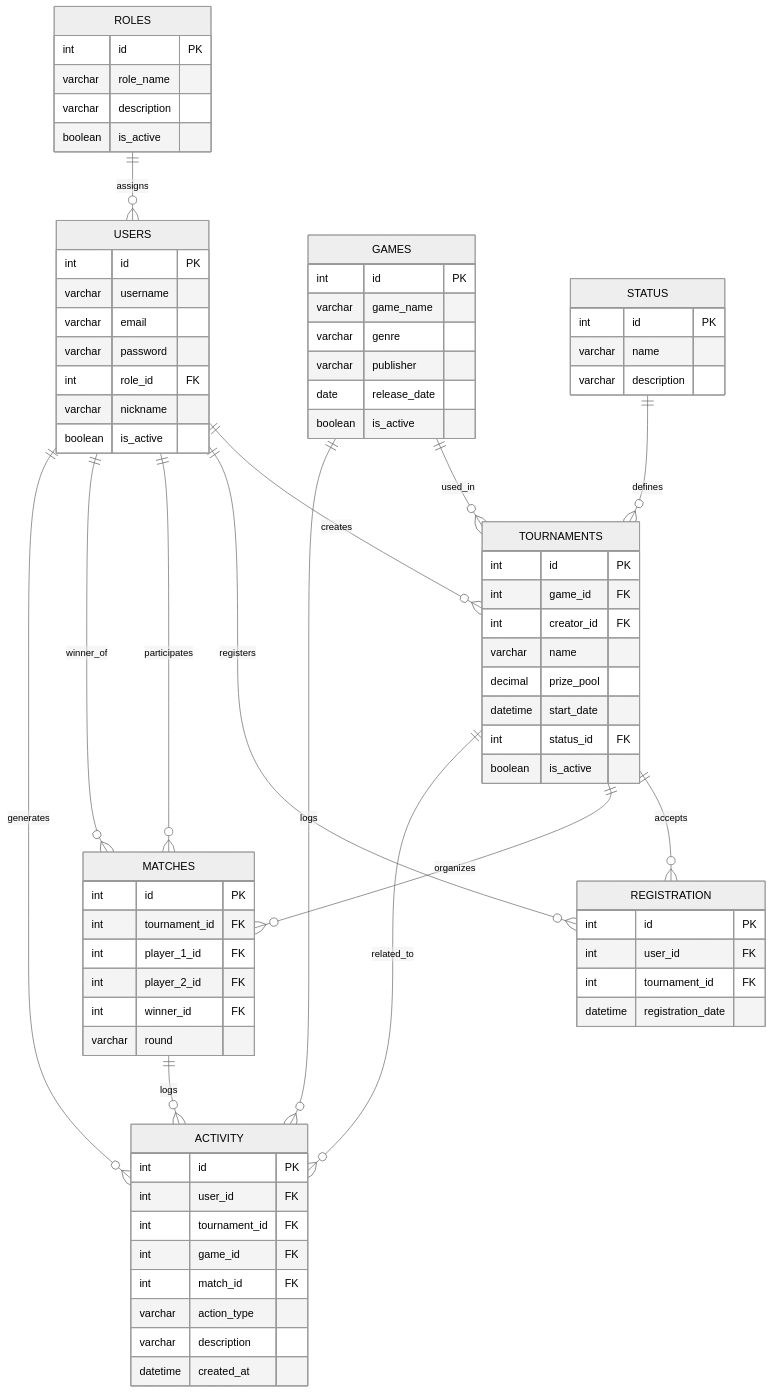
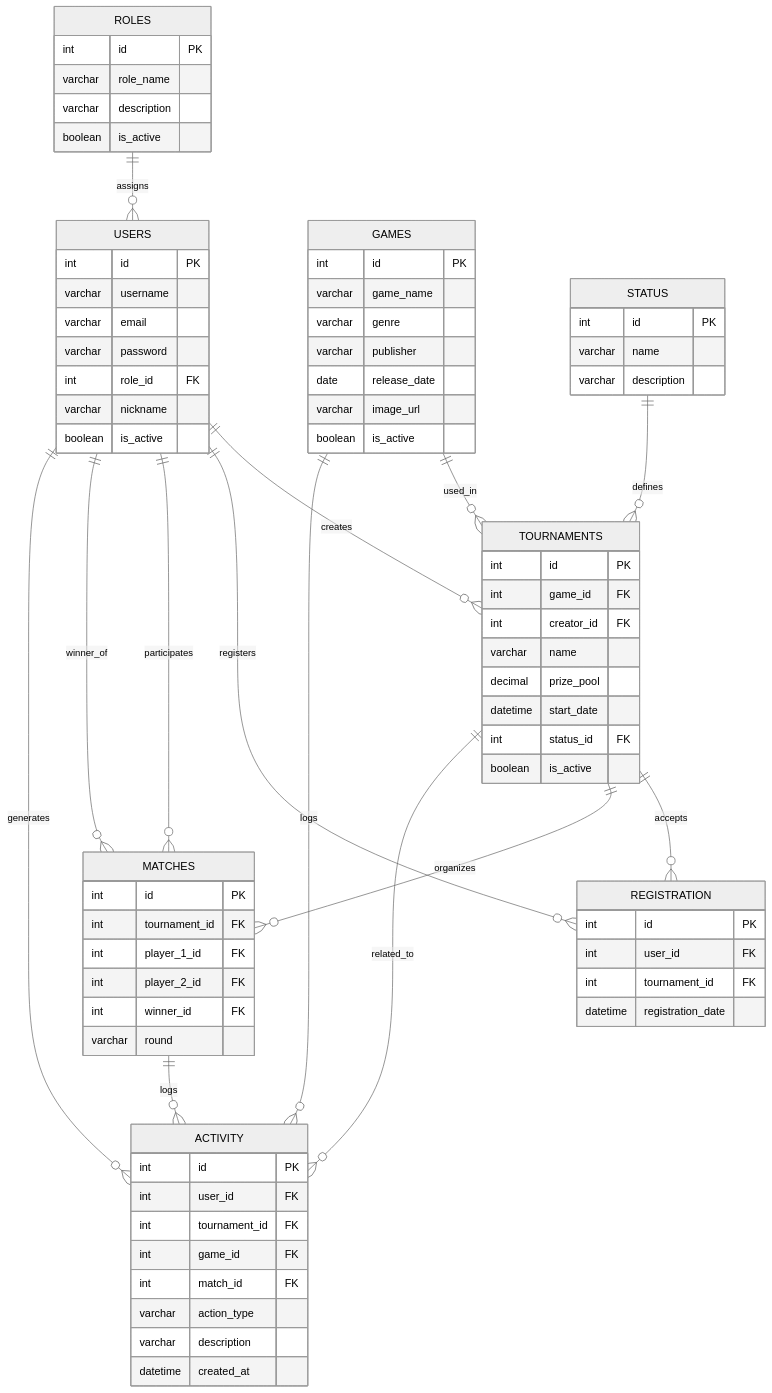
One commit to olazocaamano/-PixelGames-Tournament-Organizer-E-Sports- changed the diagram in docs/scrum/SRS.md. Above: the diagram before and after it, drawn with Mermaid (neutral theme). The commit also changed other lines of this file and 28 other files, not shown here.

```diff
--- a/docs/scrum/SRS.md
+++ b/docs/scrum/SRS.md
@@ -564,6 +570,7 @@
         varchar genre
         varchar publisher
         date release_date
+        varchar image_url
         boolean is_active
     }
     TOURNAMENTS {
```
